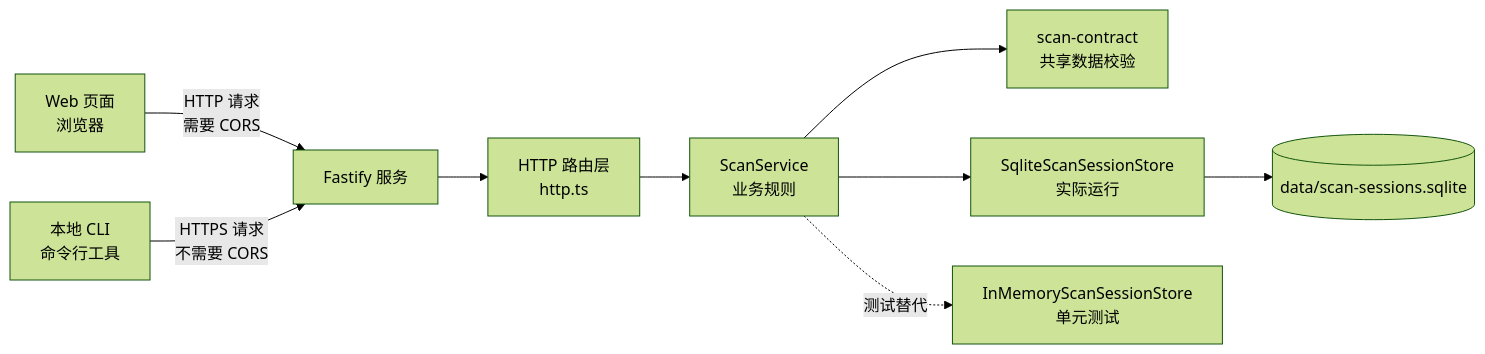
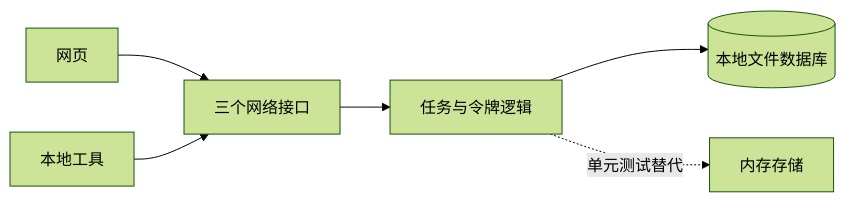
The first of 2 diagrams in docs/phases/01-project-scan/ticket-02.md (iamjeffwan/Lint), drawn with Mermaid (forest theme) before and after one commit. The commit also changed other lines of this file and 13 other files, not shown here.

````diff
--- a/docs/phases/01-project-scan/ticket-02.md
+++ b/docs/phases/01-project-scan/ticket-02.md
@@ -24,13 +7,8 @@
 ```mermaid
 flowchart LR
-    Browser[Web 页面\n浏览器] -->|HTTP 请求\n需要 CORS| Fastify[Fastify 服务]
-    CLI[本地 CLI\n命令行工具] -->|HTTPS 请求\n不需要 CORS| Fastify
-
-    Fastify --> HTTP[HTTP 路由层\nhttp.ts]
-    HTTP --> Service[ScanService\n业务规则]
-    Service --> Contract[scan-contract\n共享数据校验]
-    Service --> SQLite[SqliteScanSessionStore\n实际运行]
-    Service -. 测试替代 .-> Memory[InMemoryScanSessionStore\n单元测试]
-
-    SQLite --> File[(data/scan-sessions.sqlite)]
+    W[网页] --> H[三个网络接口]
+    C[本地工具] --> H
+    H --> S[任务与令牌逻辑]
+    S --> D[(本地文件数据库)]
+    S -. 单元测试替代 .-> M[内存存储]
 ```
````
